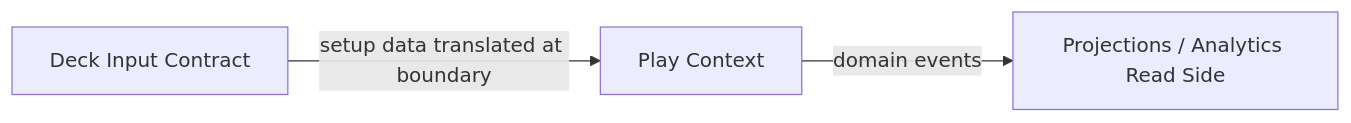
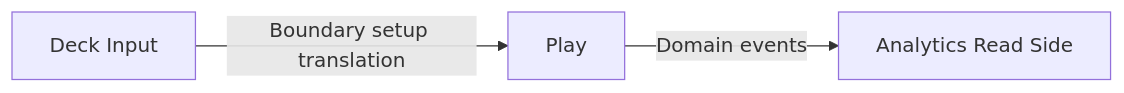
One commit to AdriRRP/demonic-tutor changed the diagram in docs/domain/context-map.md. Above: the diagram before and after it, drawn with Mermaid. The commit also changed 3 other files, not shown here.

Commit message:
docs(architecture): sync runtime closure guidance

````diff
--- a/docs/domain/context-map.md
+++ b/docs/domain/context-map.md
@@ -9,10 +9,10 @@
 ```mermaid
 flowchart LR
 
-Deck["Deck Input Contract"]
-Play["Play Context"]
-ReadSide["Projections / Analytics Read Side"]
+Deck["Deck Input"]
+Play["Play"]
+ReadSide["Analytics Read Side"]
 
-Deck -->|setup data translated at boundary| Play
-Play -->|domain events| ReadSide
+Deck -->|"Boundary setup translation"| Play
+Play -->|"Domain events"| ReadSide
 ```
````
